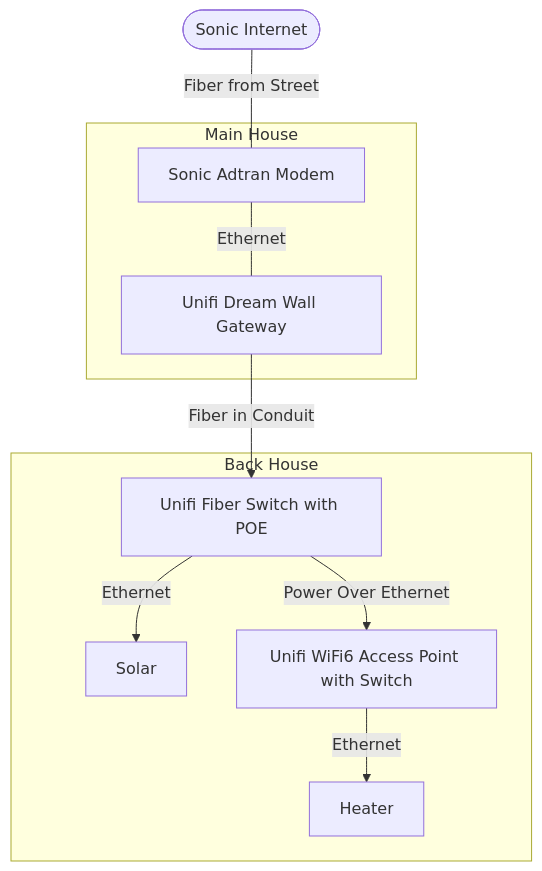
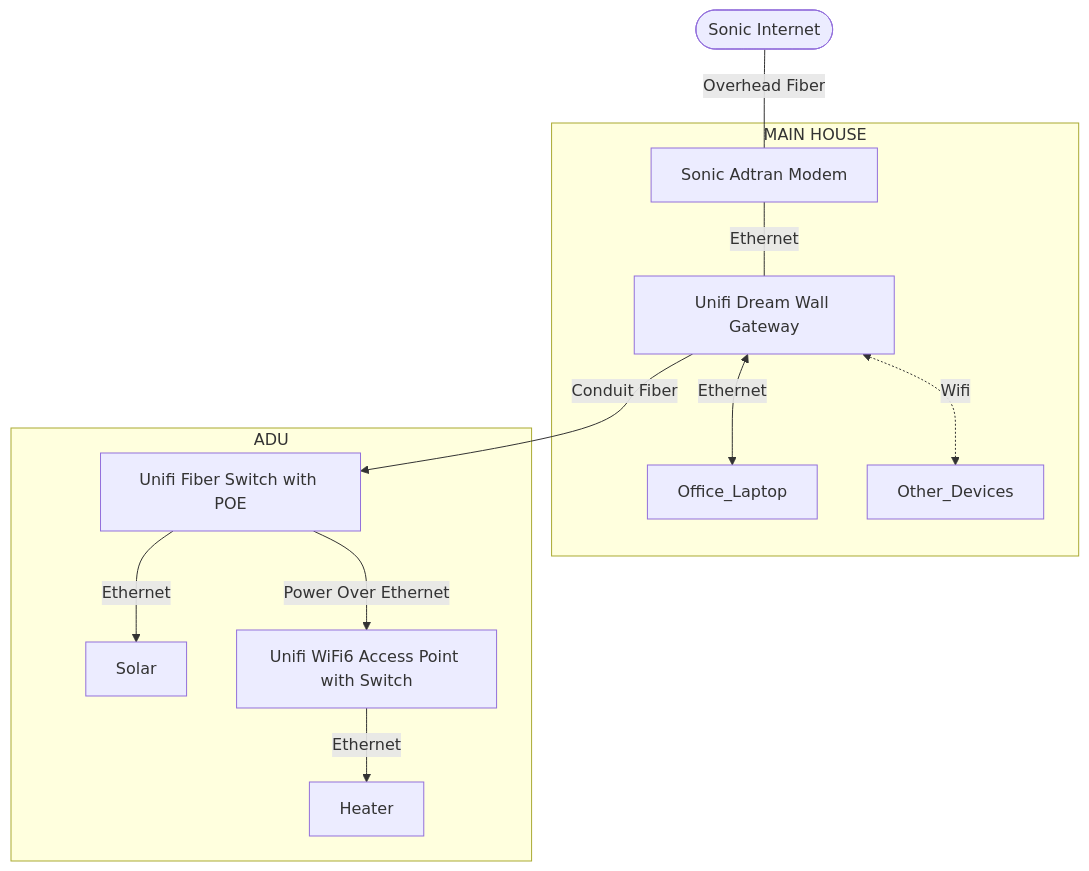
One commit to kylelundstedt/images changed the diagram in Network.md. Above: the diagram before and after it, drawn with Mermaid.

````diff
--- a/Network.md
+++ b/Network.md
@@ -1,14 +1,16 @@
 ```mermaid
-graph TB;
-    classDef optional stroke-dasharray: 5 5;
-    ISP([Sonic Internet]) -- Fiber from Street --- ONT[Sonic Adtran Modem];
-    subgraph Main House
-        ONT -- Ethernet --- UDW[Unifi Dream Wall Gateway];
+graph TD;
+    classDef optional stroke-dasharray: 5 5
+    ISP([Sonic Internet]) -- Overhead Fiber --- ONT[Sonic Adtran Modem]
+    subgraph MAIN HOUSE
+        ONT -- Ethernet --- UDW[Unifi Dream Wall Gateway]
+        UDW <-- Ethernet --> Office_Laptop
+        UDW <-. Wifi .-> Other_Devices
     end
-    subgraph Back House
-        UDW -- Fiber in Conduit --> USWE8[Unifi Fiber Switch with POE];
-        USWE8 -- Ethernet --> Solar;
-        USWE8 -- Power Over Ethernet --> U6EIW[Unifi WiFi6 Access Point with Switch];
-        U6EIW -- Ethernet --> Heater;
+    subgraph ADU
+        UDW -- Conduit Fiber --> USW-E8-POE[Unifi Fiber Switch with POE]
+        USW-E8-POE -- Ethernet --> Solar
+        USW-E8-POE -- Power Over Ethernet --> U6-IW[Unifi WiFi6 Access Point with Switch]
+        U6-IW -- Ethernet --> Heater
     end
 ```
````
